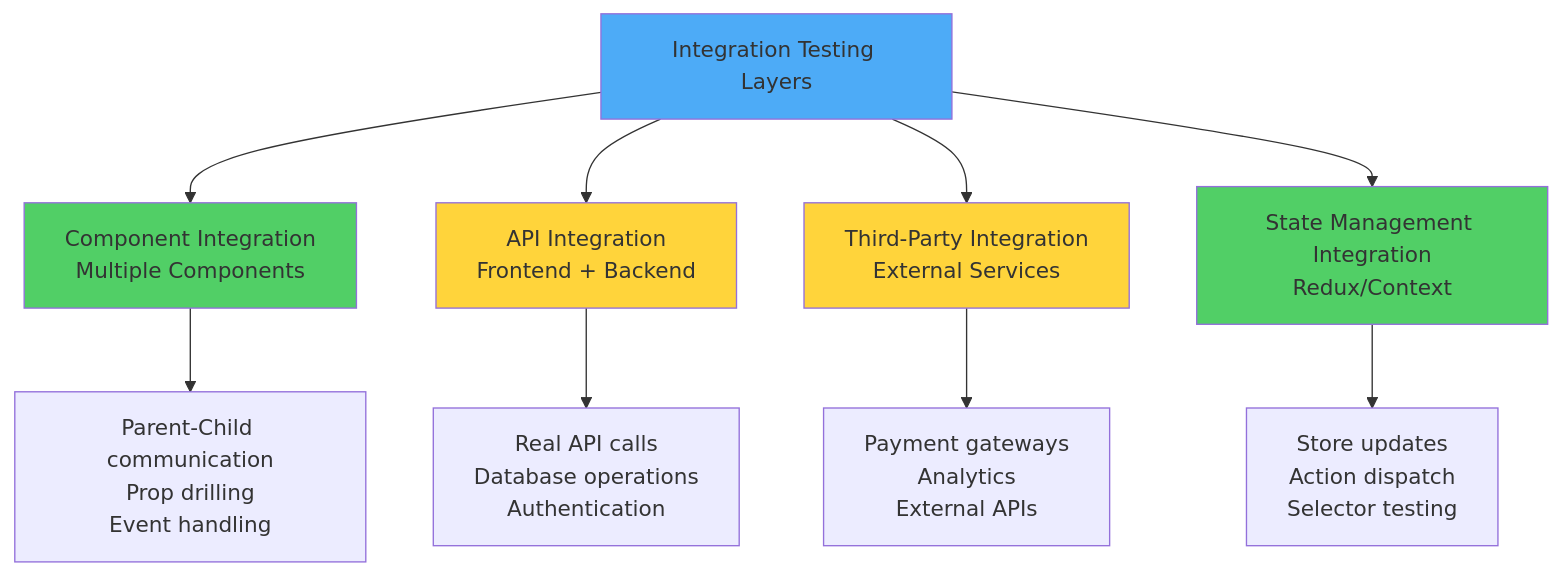
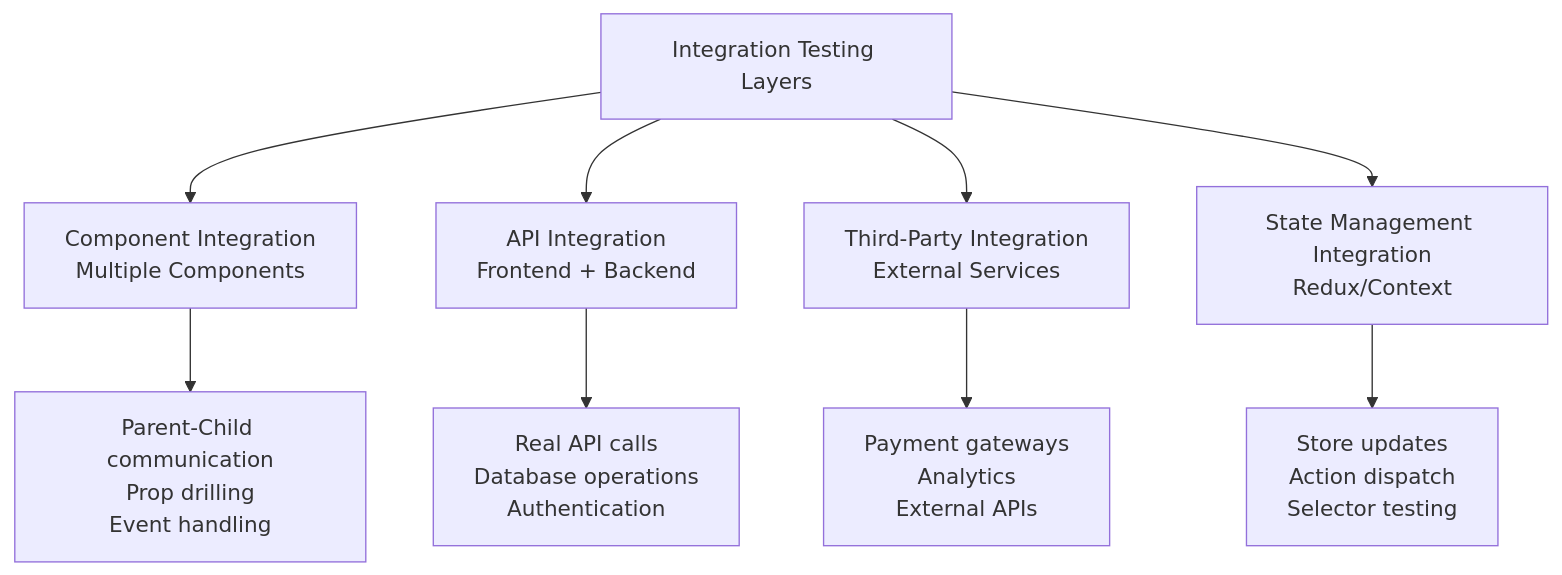
One commit to BabaScience/react-guides changed the seventh of 10 diagrams in arguments/chapters/10-testing.md. Above: the diagram before and after it, drawn with Mermaid. The commit also changed other lines of this file and 29 other files, not shown here.

First line of the commit message:
Bring React FR/IT translations to full English parity + theme-safe diagrams

````diff
--- a/arguments/chapters/10-testing.md
+++ b/arguments/chapters/10-testing.md
@@ -1577,18 +1555,13 @@
 ```mermaid
 graph TD
     A[Integration Testing Layers] --> B[Component Integration<br/>Multiple Components]
     A --> C[API Integration<br/>Frontend + Backend]
     A --> D[Third-Party Integration<br/>External Services]
     A --> E[State Management Integration<br/>Redux/Context]
     
     B --> B1[Parent-Child communication<br/>Prop drilling<br/>Event handling]
     C --> C1[Real API calls<br/>Database operations<br/>Authentication]
     D --> D1[Payment gateways<br/>Analytics<br/>External APIs]
     E --> E1[Store updates<br/>Action dispatch<br/>Selector testing]
     
-    style A fill:#4dabf7
-    style B fill:#51cf66
-    style C fill:#ffd43b
-    style D fill:#ffd43b
-    style E fill:#51cf66
 ```
````
